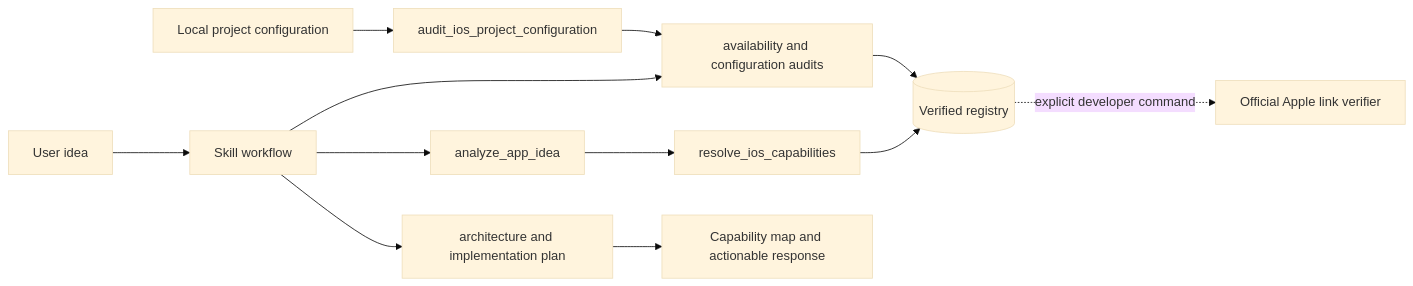
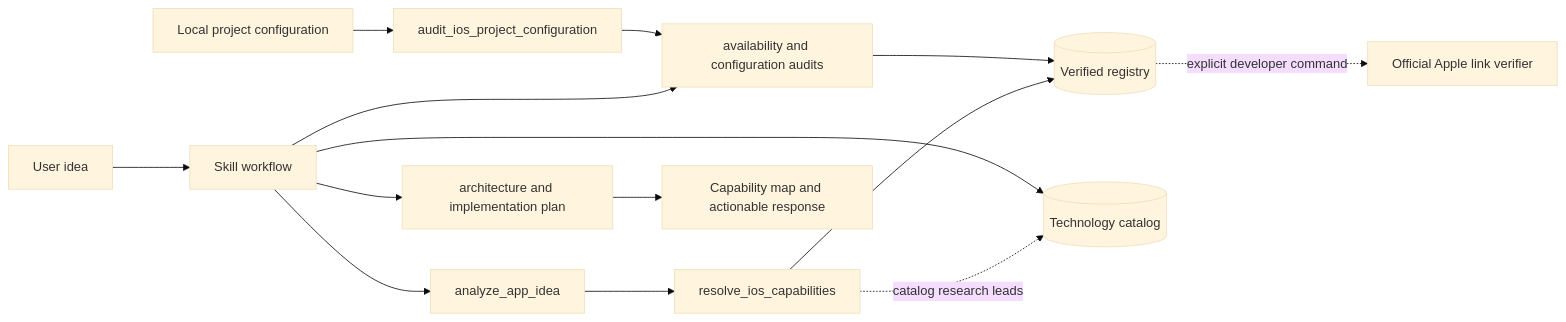
One commit to dev-ugurkontel/ios-capability-architect changed the diagram in plugins/ios-capability-architect/docs/architecture.md. Above: the diagram before and after it, drawn with Mermaid (base theme). The commit also changed other lines of this file and 18 other files, not shown here.

````diff
--- a/plugins/ios-capability-architect/docs/architecture.md
+++ b/plugins/ios-capability-architect/docs/architecture.md
@@ -17,14 +17,16 @@
 ```mermaid
 flowchart LR
   U[User idea] --> S[Skill workflow]
   S --> A[analyze_app_idea]
   A --> R[resolve_ios_capabilities]
   R --> C[(Verified registry)]
+  R -. catalog research leads .-> T[(Technology catalog)]
+  S --> T
   S --> V[availability and configuration audits]
   V --> C
   P[Local project configuration] --> PA[audit_ios_project_configuration]
   PA --> V
   S --> G[architecture and implementation plan]
   G --> O[Capability map and actionable response]
   C -. explicit developer command .-> L[Official Apple link verifier]
 ```
````
